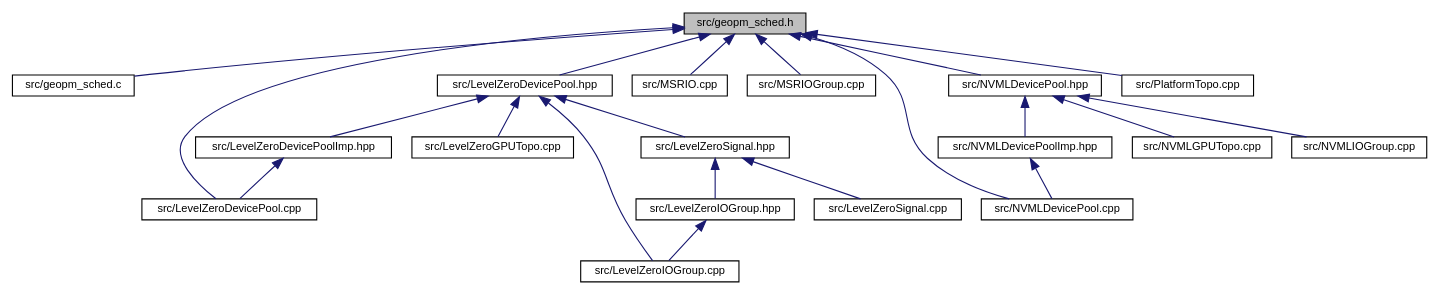
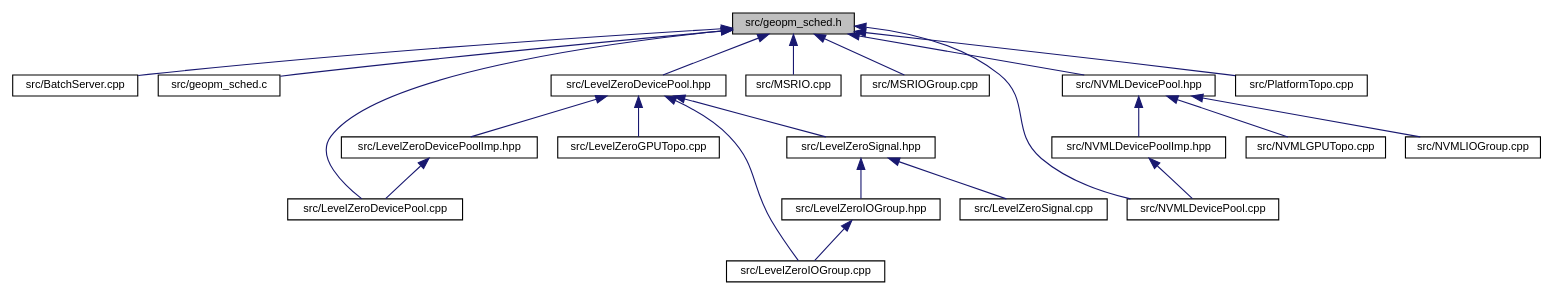
Before and after one commit to geopm/geopm.github.io: the diagram in geopm-service-dox/geopm__sched_8h__dep__incl.dot, drawn with Graphviz. The commit also changed 1022 other files, not shown here.

```diff
--- a/geopm-service-dox/geopm__sched_8h__dep__incl.dot
+++ b/geopm-service-dox/geopm__sched_8h__dep__incl.dot
@@ -1,44 +1,46 @@
 digraph "src/geopm_sched.h"
 {
  // LATEX_PDF_SIZE
   edge [fontname="Helvetica",fontsize="10",labelfontname="Helvetica",labelfontsize="10"];
   node [fontname="Helvetica",fontsize="10",shape=record];
   Node1 [label="src/geopm_sched.h",height=0.2,width=0.4,color="black", fillcolor="grey75", style="filled", fontcolor="black",tooltip=" "];
   Node1 -> Node2 [dir="back",color="midnightblue",fontsize="10",style="solid",fontname="Helvetica"];
-  Node2 [label="src/geopm_sched.c",height=0.2,width=0.4,color="black", fillcolor="white", style="filled",URL="$geopm__sched_8c.html",tooltip=" "];
+  Node2 [label="src/BatchServer.cpp",height=0.2,width=0.4,color="black", fillcolor="white", style="filled",URL="$_batch_server_8cpp.html",tooltip=" "];
   Node1 -> Node3 [dir="back",color="midnightblue",fontsize="10",style="solid",fontname="Helvetica"];
-  Node3 [label="src/LevelZeroDevicePool.cpp",height=0.2,width=0.4,color="black", fillcolor="white", style="filled",URL="$_level_zero_device_pool_8cpp.html",tooltip=" "];
+  Node3 [label="src/geopm_sched.c",height=0.2,width=0.4,color="black", fillcolor="white", style="filled",URL="$geopm__sched_8c.html",tooltip=" "];
   Node1 -> Node4 [dir="back",color="midnightblue",fontsize="10",style="solid",fontname="Helvetica"];
-  Node4 [label="src/LevelZeroDevicePool.hpp",height=0.2,width=0.4,color="black", fillcolor="white", style="filled",URL="$_level_zero_device_pool_8hpp.html",tooltip=" "];
-  Node4 -> Node5 [dir="back",color="midnightblue",fontsize="10",style="solid",fontname="Helvetica"];
-  Node5 [label="src/LevelZeroDevicePoolImp.hpp",height=0.2,width=0.4,color="black", fillcolor="white", style="filled",URL="$_level_zero_device_pool_imp_8hpp.html",tooltip=" "];
-  Node5 -> Node3 [dir="back",color="midnightblue",fontsize="10",style="solid",fontname="Helvetica"];
-  Node4 -> Node6 [dir="back",color="midnightblue",fontsize="10",style="solid",fontname="Helvetica"];
-  Node6 [label="src/LevelZeroGPUTopo.cpp",height=0.2,width=0.4,color="black", fillcolor="white", style="filled",URL="$_level_zero_g_p_u_topo_8cpp.html",tooltip=" "];
-  Node4 -> Node7 [dir="back",color="midnightblue",fontsize="10",style="solid",fontname="Helvetica"];
-  Node7 [label="src/LevelZeroIOGroup.cpp",height=0.2,width=0.4,color="black", fillcolor="white", style="filled",URL="$_level_zero_i_o_group_8cpp.html",tooltip=" "];
-  Node4 -> Node8 [dir="back",color="midnightblue",fontsize="10",style="solid",fontname="Helvetica"];
-  Node8 [label="src/LevelZeroSignal.hpp",height=0.2,width=0.4,color="black", fillcolor="white", style="filled",URL="$_level_zero_signal_8hpp.html",tooltip=" "];
-  Node8 -> Node9 [dir="back",color="midnightblue",fontsize="10",style="solid",fontname="Helvetica"];
-  Node9 [label="src/LevelZeroIOGroup.hpp",height=0.2,width=0.4,color="black", fillcolor="white", style="filled",URL="$_level_zero_i_o_group_8hpp.html",tooltip=" "];
-  Node9 -> Node7 [dir="back",color="midnightblue",fontsize="10",style="solid",fontname="Helvetica"];
-  Node8 -> Node10 [dir="back",color="midnightblue",fontsize="10",style="solid",fontname="Helvetica"];
-  Node10 [label="src/LevelZeroSignal.cpp",height=0.2,width=0.4,color="black", fillcolor="white", style="filled",URL="$_level_zero_signal_8cpp.html",tooltip=" "];
-  Node1 -> Node11 [dir="back",color="midnightblue",fontsize="10",style="solid",fontname="Helvetica"];
-  Node11 [label="src/MSRIO.cpp",height=0.2,width=0.4,color="black", fillcolor="white", style="filled",URL="$_m_s_r_i_o_8cpp.html",tooltip=" "];
+  Node4 [label="src/LevelZeroDevicePool.cpp",height=0.2,width=0.4,color="black", fillcolor="white", style="filled",URL="$_level_zero_device_pool_8cpp.html",tooltip=" "];
+  Node1 -> Node5 [dir="back",color="midnightblue",fontsize="10",style="solid",fontname="Helvetica"];
+  Node5 [label="src/LevelZeroDevicePool.hpp",height=0.2,width=0.4,color="black", fillcolor="white", style="filled",URL="$_level_zero_device_pool_8hpp.html",tooltip=" "];
+  Node5 -> Node6 [dir="back",color="midnightblue",fontsize="10",style="solid",fontname="Helvetica"];
+  Node6 [label="src/LevelZeroDevicePoolImp.hpp",height=0.2,width=0.4,color="black", fillcolor="white", style="filled",URL="$_level_zero_device_pool_imp_8hpp.html",tooltip=" "];
+  Node6 -> Node4 [dir="back",color="midnightblue",fontsize="10",style="solid",fontname="Helvetica"];
+  Node5 -> Node7 [dir="back",color="midnightblue",fontsize="10",style="solid",fontname="Helvetica"];
+  Node7 [label="src/LevelZeroGPUTopo.cpp",height=0.2,width=0.4,color="black", fillcolor="white", style="filled",URL="$_level_zero_g_p_u_topo_8cpp.html",tooltip=" "];
+  Node5 -> Node8 [dir="back",color="midnightblue",fontsize="10",style="solid",fontname="Helvetica"];
+  Node8 [label="src/LevelZeroIOGroup.cpp",height=0.2,width=0.4,color="black", fillcolor="white", style="filled",URL="$_level_zero_i_o_group_8cpp.html",tooltip=" "];
+  Node5 -> Node9 [dir="back",color="midnightblue",fontsize="10",style="solid",fontname="Helvetica"];
+  Node9 [label="src/LevelZeroSignal.hpp",height=0.2,width=0.4,color="black", fillcolor="white", style="filled",URL="$_level_zero_signal_8hpp.html",tooltip=" "];
+  Node9 -> Node10 [dir="back",color="midnightblue",fontsize="10",style="solid",fontname="Helvetica"];
+  Node10 [label="src/LevelZeroIOGroup.hpp",height=0.2,width=0.4,color="black", fillcolor="white", style="filled",URL="$_level_zero_i_o_group_8hpp.html",tooltip=" "];
+  Node10 -> Node8 [dir="back",color="midnightblue",fontsize="10",style="solid",fontname="Helvetica"];
+  Node9 -> Node11 [dir="back",color="midnightblue",fontsize="10",style="solid",fontname="Helvetica"];
+  Node11 [label="src/LevelZeroSignal.cpp",height=0.2,width=0.4,color="black", fillcolor="white", style="filled",URL="$_level_zero_signal_8cpp.html",tooltip=" "];
   Node1 -> Node12 [dir="back",color="midnightblue",fontsize="10",style="solid",fontname="Helvetica"];
-  Node12 [label="src/MSRIOGroup.cpp",height=0.2,width=0.4,color="black", fillcolor="white", style="filled",URL="$_m_s_r_i_o_group_8cpp.html",tooltip=" "];
+  Node12 [label="src/MSRIO.cpp",height=0.2,width=0.4,color="black", fillcolor="white", style="filled",URL="$_m_s_r_i_o_8cpp.html",tooltip=" "];
   Node1 -> Node13 [dir="back",color="midnightblue",fontsize="10",style="solid",fontname="Helvetica"];
-  Node13 [label="src/NVMLDevicePool.cpp",height=0.2,width=0.4,color="black", fillcolor="white", style="filled",URL="$_n_v_m_l_device_pool_8cpp.html",tooltip=" "];
+  Node13 [label="src/MSRIOGroup.cpp",height=0.2,width=0.4,color="black", fillcolor="white", style="filled",URL="$_m_s_r_i_o_group_8cpp.html",tooltip=" "];
   Node1 -> Node14 [dir="back",color="midnightblue",fontsize="10",style="solid",fontname="Helvetica"];
-  Node14 [label="src/NVMLDevicePool.hpp",height=0.2,width=0.4,color="black", fillcolor="white", style="filled",URL="$_n_v_m_l_device_pool_8hpp.html",tooltip=" "];
-  Node14 -> Node15 [dir="back",color="midnightblue",fontsize="10",style="solid",fontname="Helvetica"];
-  Node15 [label="src/NVMLDevicePoolImp.hpp",height=0.2,width=0.4,color="black", fillcolor="white", style="filled",URL="$_n_v_m_l_device_pool_imp_8hpp.html",tooltip=" "];
-  Node15 -> Node13 [dir="back",color="midnightblue",fontsize="10",style="solid",fontname="Helvetica"];
-  Node14 -> Node16 [dir="back",color="midnightblue",fontsize="10",style="solid",fontname="Helvetica"];
-  Node16 [label="src/NVMLGPUTopo.cpp",height=0.2,width=0.4,color="black", fillcolor="white", style="filled",URL="$_n_v_m_l_g_p_u_topo_8cpp.html",tooltip=" "];
-  Node14 -> Node17 [dir="back",color="midnightblue",fontsize="10",style="solid",fontname="Helvetica"];
-  Node17 [label="src/NVMLIOGroup.cpp",height=0.2,width=0.4,color="black", fillcolor="white", style="filled",URL="$_n_v_m_l_i_o_group_8cpp.html",tooltip=" "];
-  Node1 -> Node18 [dir="back",color="midnightblue",fontsize="10",style="solid",fontname="Helvetica"];
-  Node18 [label="src/PlatformTopo.cpp",height=0.2,width=0.4,color="black", fillcolor="white", style="filled",URL="$_platform_topo_8cpp.html",tooltip=" "];
+  Node14 [label="src/NVMLDevicePool.cpp",height=0.2,width=0.4,color="black", fillcolor="white", style="filled",URL="$_n_v_m_l_device_pool_8cpp.html",tooltip=" "];
+  Node1 -> Node15 [dir="back",color="midnightblue",fontsize="10",style="solid",fontname="Helvetica"];
+  Node15 [label="src/NVMLDevicePool.hpp",height=0.2,width=0.4,color="black", fillcolor="white", style="filled",URL="$_n_v_m_l_device_pool_8hpp.html",tooltip=" "];
+  Node15 -> Node16 [dir="back",color="midnightblue",fontsize="10",style="solid",fontname="Helvetica"];
+  Node16 [label="src/NVMLDevicePoolImp.hpp",height=0.2,width=0.4,color="black", fillcolor="white", style="filled",URL="$_n_v_m_l_device_pool_imp_8hpp.html",tooltip=" "];
+  Node16 -> Node14 [dir="back",color="midnightblue",fontsize="10",style="solid",fontname="Helvetica"];
+  Node15 -> Node17 [dir="back",color="midnightblue",fontsize="10",style="solid",fontname="Helvetica"];
+  Node17 [label="src/NVMLGPUTopo.cpp",height=0.2,width=0.4,color="black", fillcolor="white", style="filled",URL="$_n_v_m_l_g_p_u_topo_8cpp.html",tooltip=" "];
+  Node15 -> Node18 [dir="back",color="midnightblue",fontsize="10",style="solid",fontname="Helvetica"];
+  Node18 [label="src/NVMLIOGroup.cpp",height=0.2,width=0.4,color="black", fillcolor="white", style="filled",URL="$_n_v_m_l_i_o_group_8cpp.html",tooltip=" "];
+  Node1 -> Node19 [dir="back",color="midnightblue",fontsize="10",style="solid",fontname="Helvetica"];
+  Node19 [label="src/PlatformTopo.cpp",height=0.2,width=0.4,color="black", fillcolor="white", style="filled",URL="$_platform_topo_8cpp.html",tooltip=" "];
 }
```
